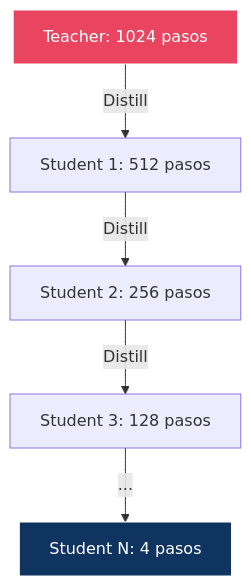
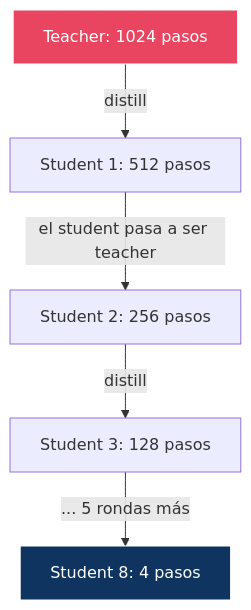
Before and after one commit to DavidDevGt/DifusionReal: the first of 4 diagrams in 10-distillation/README.md, drawn with Mermaid. The commit also changed other lines of this file, not shown here.

````diff
--- a/10-distillation/README.md
+++ b/10-distillation/README.md
@@ -44,10 +84,10 @@
 ```mermaid
 graph TD
-    T1["Teacher: 1024 pasos"] -->|"Distill"| S1["Student 1: 512 pasos"]
-    S1 -->|"Distill"| S2["Student 2: 256 pasos"]
-    S2 -->|"Distill"| S3["Student 3: 128 pasos"]
-    S3 -->|"..."| SN["Student N: 4 pasos"]
+    T1["Teacher: 1024 pasos"] -->|"distill"| S1["Student 1: 512 pasos"]
+    S1 -->|"el student pasa a ser teacher"| S2["Student 2: 256 pasos"]
+    S2 -->|"distill"| S3["Student 3: 128 pasos"]
+    S3 -->|"... 5 rondas más"| SN["Student 8: 4 pasos"]
 
     style T1 fill:#e94560,stroke:#fff,color:#fff
     style SN fill:#0f3460,stroke:#fff,color:#fff
 ```
````
